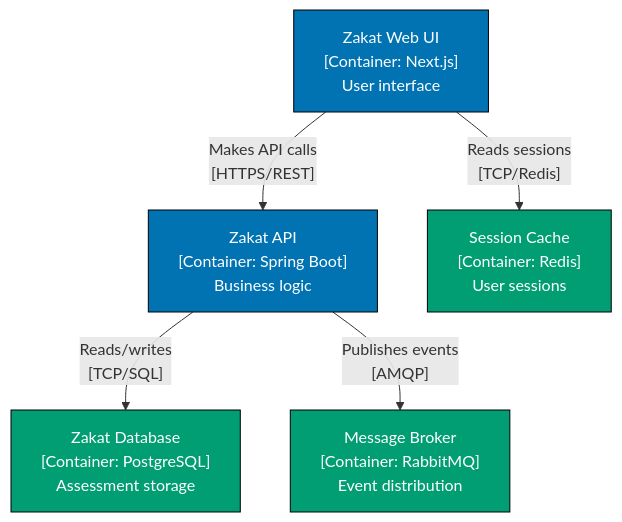
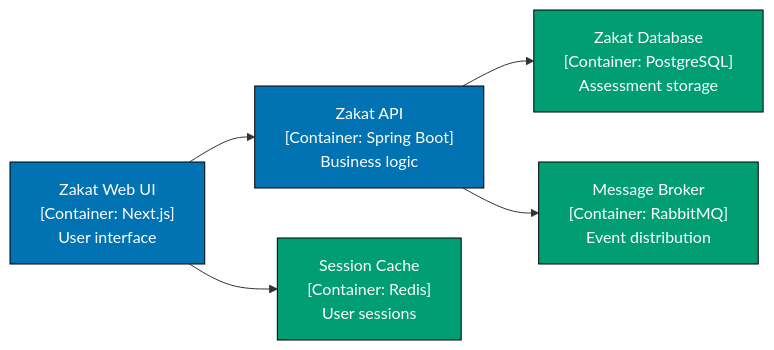
Before and after one commit to wahidyankf/open-sharia-enterprise: the eighth of 8 diagrams in docs/explanation/software-engineering/architecture/c4-architecture-model/notation-standards.md, drawn with Mermaid. The commit also changed other lines of this file and 9 other files, not shown here.

First line of the commit message:
fix(docs): fix mermaid violations in architecture docs

````diff
--- a/docs/explanation/software-engineering/architecture/c4-architecture-model/notation-standards.md
+++ b/docs/explanation/software-engineering/architecture/c4-architecture-model/notation-standards.md
@@ -280,16 +280,16 @@
 ```mermaid
-graph TD
+graph LR
     Web["Zakat Web UI<br/>[Container: Next.js]<br/>User interface"]:::blue
     API["Zakat API<br/>[Container: Spring Boot]<br/>Business logic"]:::blue
     DB["Zakat Database<br/>[Container: PostgreSQL]<br/>Assessment storage"]:::teal
     MQ["Message Broker<br/>[Container: RabbitMQ]<br/>Event distribution"]:::teal
     Cache["Session Cache<br/>[Container: Redis]<br/>User sessions"]:::teal
 
-    Web -->|"Makes API calls<br/>[HTTPS/REST]"| API
-    Web -->|"Reads sessions<br/>[TCP/Redis]"| Cache
-    API -->|"Reads/writes<br/>[TCP/SQL]"| DB
-    API -->|"Publishes events<br/>[AMQP]"| MQ
+    Web --> API
+    Web --> Cache
+    API --> DB
+    API --> MQ
 
     classDef blue fill:#0173B2,stroke:#000,color:#FFF
     classDef teal fill:#029E73,stroke:#000,color:#FFF
 ```
````
